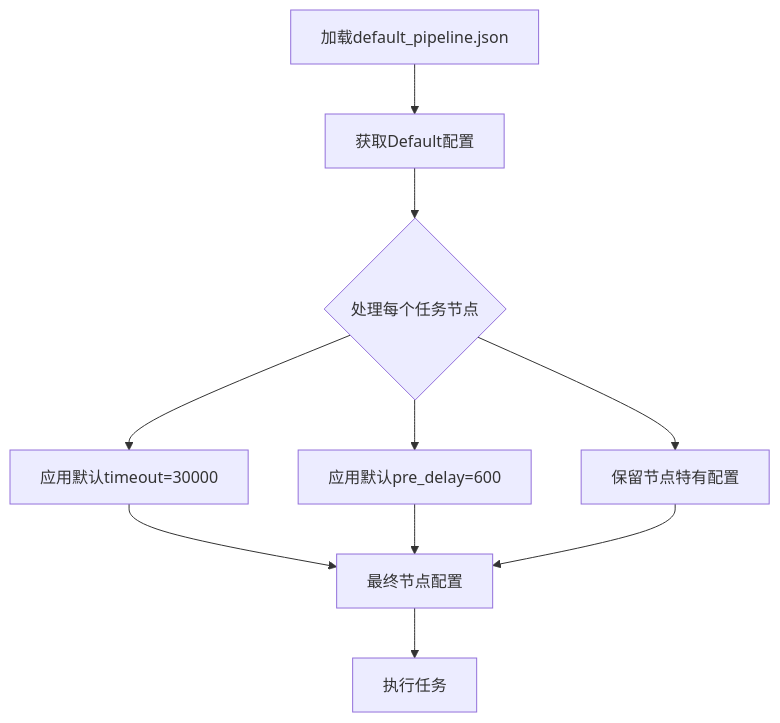
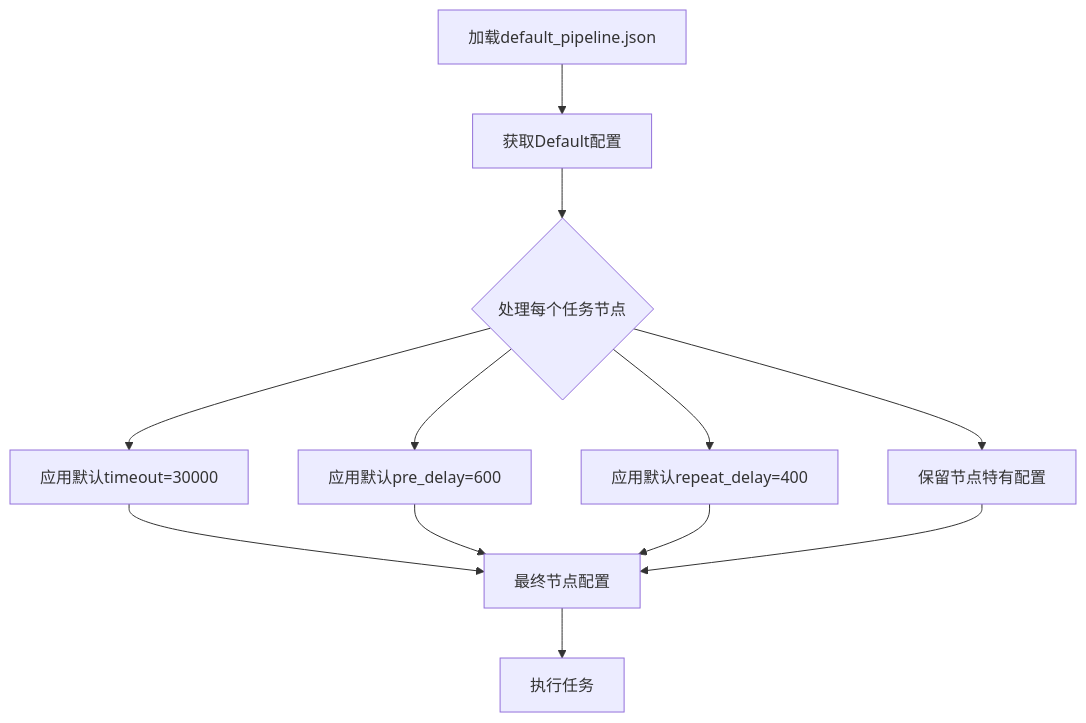
One commit to kqcoxn/MaaDuDuL changed the fifth of 10 diagrams in .qoder/repowiki/zh/content/资源与配置管理/任务流水线配置/任务流水线配置结构/任务流水线配置结构.md. Above: the diagram before and after it, drawn with Mermaid. The commit also changed other lines of this file and 12 other files, not shown here.

````diff
--- a/.qoder/repowiki/zh/content/资源与配置管理/任务流水线配置/任务流水线配置结构/任务流水线配置结构.md
+++ b/.qoder/repowiki/zh/content/资源与配置管理/任务流水线配置/任务流水线配置结构/任务流水线配置结构.md
@@ -225,12 +239,14 @@
 ```mermaid
 flowchart TD
 A[加载default_pipeline.json] --> B[获取Default配置]
 B --> C{处理每个任务节点}
 C --> D[应用默认timeout=30000]
 C --> E[应用默认pre_delay=600]
-C --> F[保留节点特有配置]
-D --> G[最终节点配置]
-E --> G
-F --> G
-G --> H[执行任务]
+C --> F[应用默认repeat_delay=400]
+C --> G[保留节点特有配置]
+D --> H[最终节点配置]
+E --> H
+F --> H
+G --> H
+H --> I[执行任务]
 ```
````
